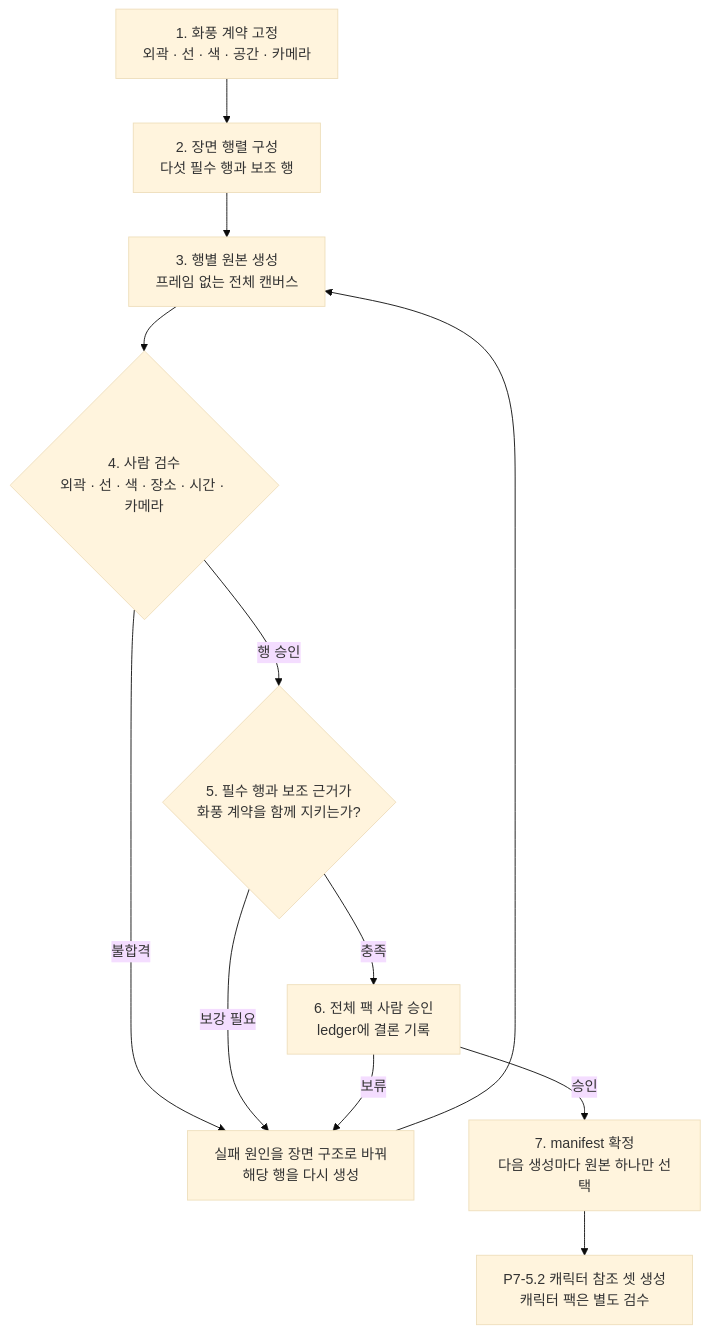
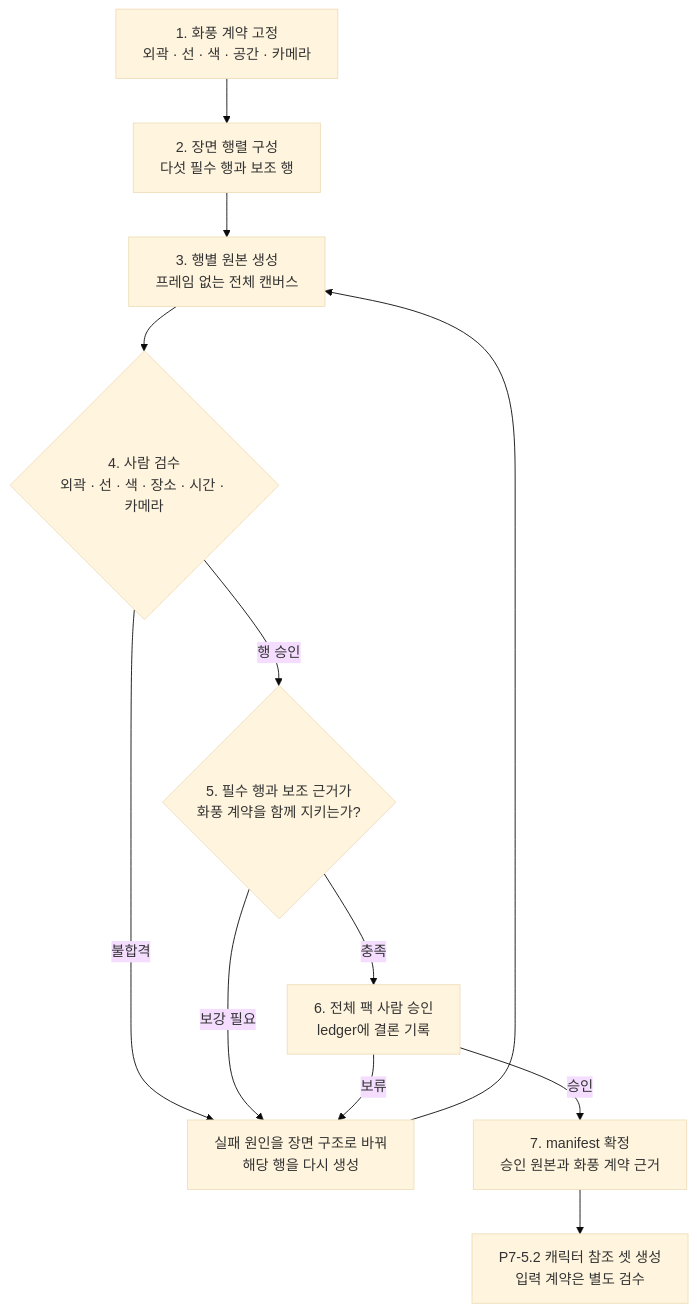
The diagram in docs/assets/part-07/chapter-05/p7-5-1-style-reference-pipeline-ko.mmd (devchan64/AiBook), drawn with Mermaid (base theme) before and after one commit. The commit also changed 3 other files, not shown here.

Commit message:
docs: refine P7-5.1 manuscript flow

```diff
--- a/docs/assets/part-07/chapter-05/p7-5-1-style-reference-pipeline-ko.mmd
+++ b/docs/assets/part-07/chapter-05/p7-5-1-style-reference-pipeline-ko.mmd
@@ -1,18 +1,18 @@
 flowchart TD
   contract["1. 화풍 계약 고정<br/>외곽 · 선 · 색 · 공간 · 카메라"]
   matrix["2. 장면 행렬 구성<br/>다섯 필수 행과 보조 행"]
   generate["3. 행별 원본 생성<br/>프레임 없는 전체 캔버스"]
   review{"4. 사람 검수<br/>외곽 · 선 · 색 · 장소 · 시간 · 카메라"}
   repair["실패 원인을 장면 구조로 바꿔<br/>해당 행을 다시 생성"]
   coverage{"5. 필수 행과 보조 근거가<br/>화풍 계약을 함께 지키는가?"}
   pack["6. 전체 팩 사람 승인<br/>ledger에 결론 기록"]
-  manifest["7. manifest 확정<br/>다음 생성마다 원본 하나만 선택"]
-  character["P7-5.2 캐릭터 참조 셋 생성<br/>캐릭터 팩은 별도 검수"]
+  manifest["7. manifest 확정<br/>승인 원본과 화풍 계약 근거"]
+  character["P7-5.2 캐릭터 참조 셋 생성<br/>입력 계약은 별도 검수"]
 
   contract --> matrix --> generate --> review
   review -- 불합격 --> repair --> generate
   review -- 행 승인 --> coverage
   coverage -- 보강 필요 --> repair
   coverage -- 충족 --> pack
   pack -- 승인 --> manifest --> character
   pack -- 보류 --> repair
```
